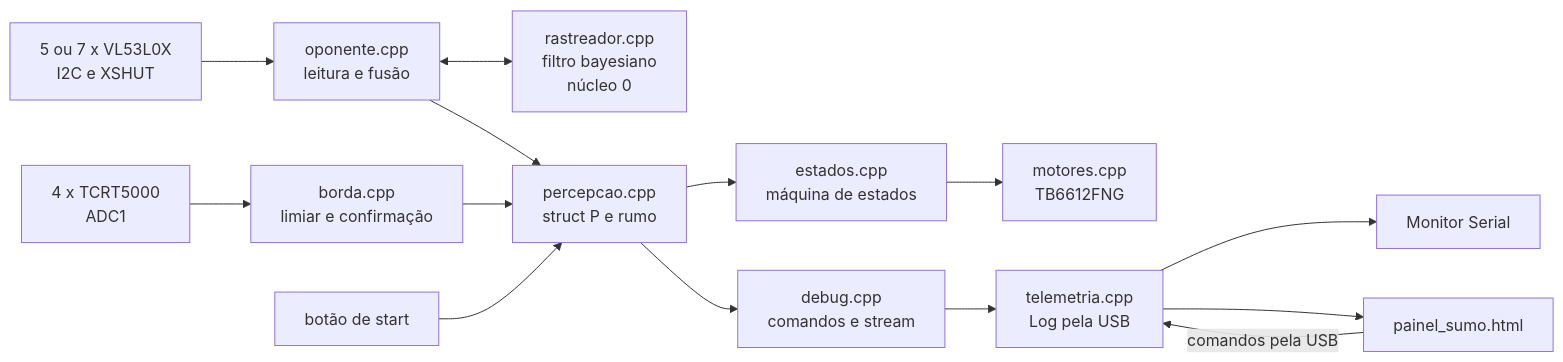
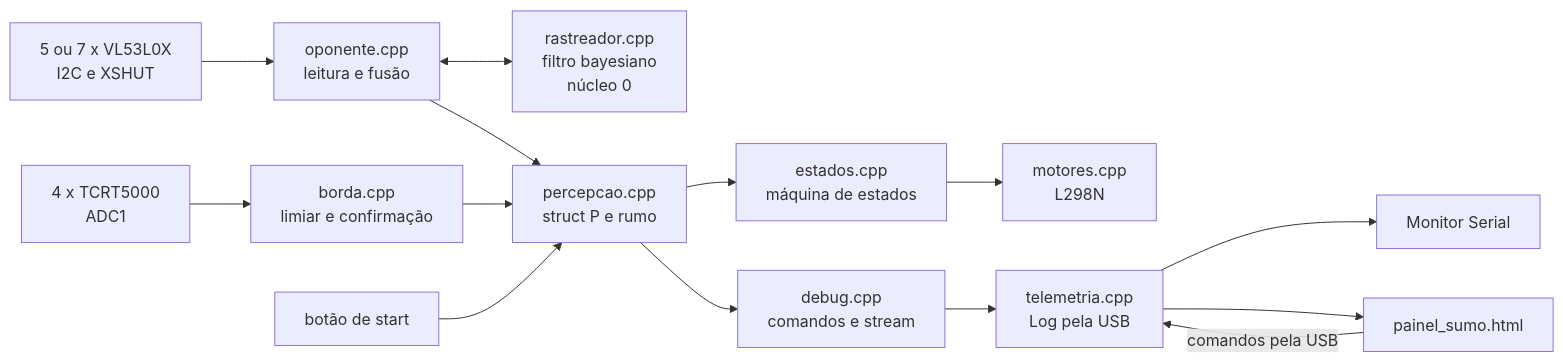
Before and after one commit to felcoslop/LAB_III_Grupo_D_UFMG_2026_2: the first of 2 diagrams in README.md, drawn with Mermaid. The commit also changed other lines of this file and 5 other files, not shown here.

````diff
--- a/README.md
+++ b/README.md
@@ -187,16 +190,16 @@
 ```mermaid
 flowchart LR
     TOF["5 ou 7 x VL53L0X<br/>I2C e XSHUT"] --> OPO["oponente.cpp<br/>leitura e fusão"]
     OPO <--> RAS["rastreador.cpp<br/>filtro bayesiano<br/>núcleo 0"]
     TCRT["4 x TCRT5000<br/>ADC1"] --> BOR["borda.cpp<br/>limiar e confirmação"]
     BOT["botão de start"] --> PER
     OPO --> PER["percepcao.cpp<br/>struct P e rumo"]
     BOR --> PER
     PER --> EST["estados.cpp<br/>máquina de estados"]
-    EST --> MOT["motores.cpp<br/>TB6612FNG"]
+    EST --> MOT["motores.cpp<br/>L298N"]
     PER --> DEB["debug.cpp<br/>comandos e stream"]
     DEB --> TEL["telemetria.cpp<br/>Log pela USB"]
     TEL --> USB["Monitor Serial"]
     TEL --> PAI["painel_sumo.html"]
     PAI -- "comandos pela USB" --> TEL
 ```
````
